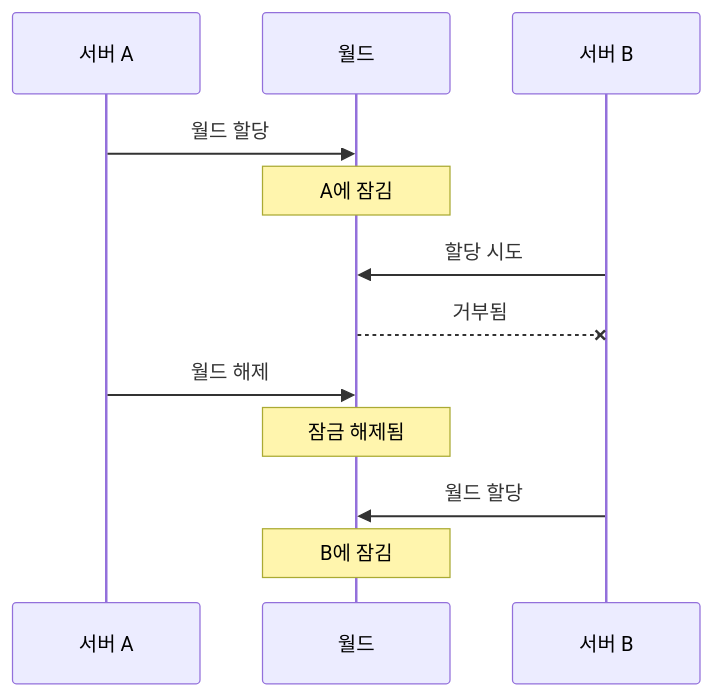
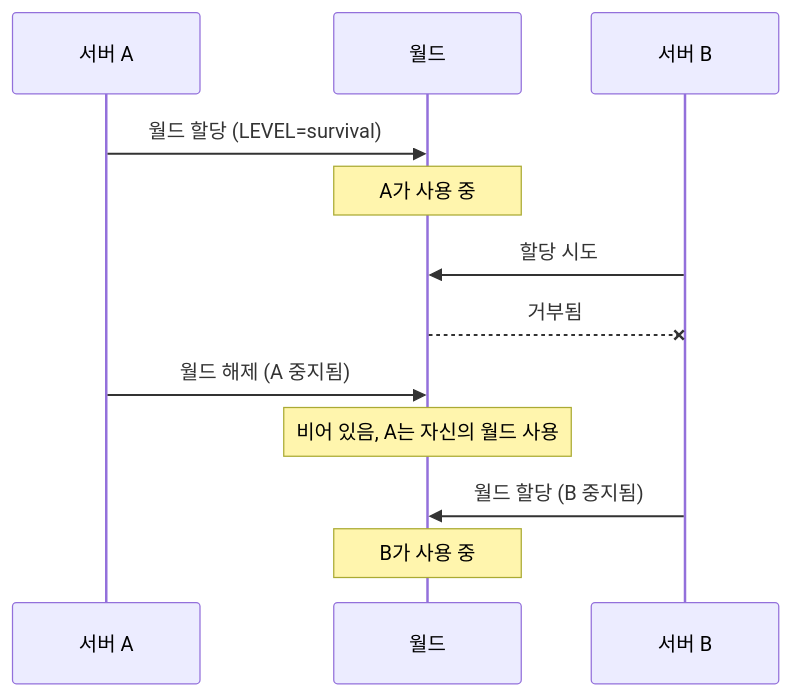
The third of 3 diagrams in docs/advanced/index.ko.md (smallmiro/minecraft-server-manager), drawn with Mermaid before and after one commit. The commit also changed other lines of this file and 19 other files, not shown here.

````diff
--- a/docs/advanced/index.ko.md
+++ b/docs/advanced/index.ko.md
@@ -121,15 +121,15 @@
 ```mermaid
 sequenceDiagram
     participant A as 서버 A
     participant W as 월드
     participant B as 서버 B
 
-    A->>W: 월드 할당
-    Note over W: A에 잠김
+    A->>W: 월드 할당 (LEVEL=survival)
+    Note over W: A가 사용 중
     B->>W: 할당 시도
     W--xB: 거부됨
-    A->>W: 월드 해제
-    Note over W: 잠금 해제됨
-    B->>W: 월드 할당
-    Note over W: B에 잠김
+    A->>W: 월드 해제 (A 중지됨)
+    Note over W: 비어 있음, A는 자신의 월드 사용
+    B->>W: 월드 할당 (B 중지됨)
+    Note over W: B가 사용 중
 ```
````
